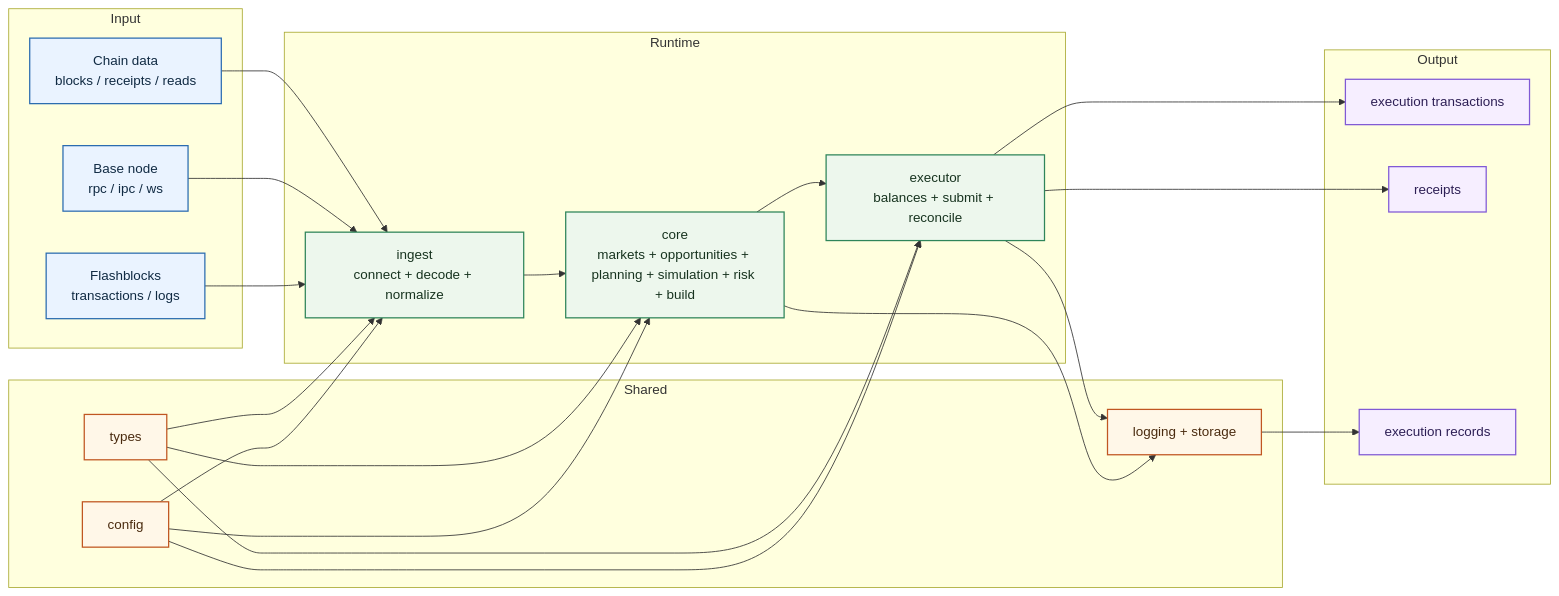
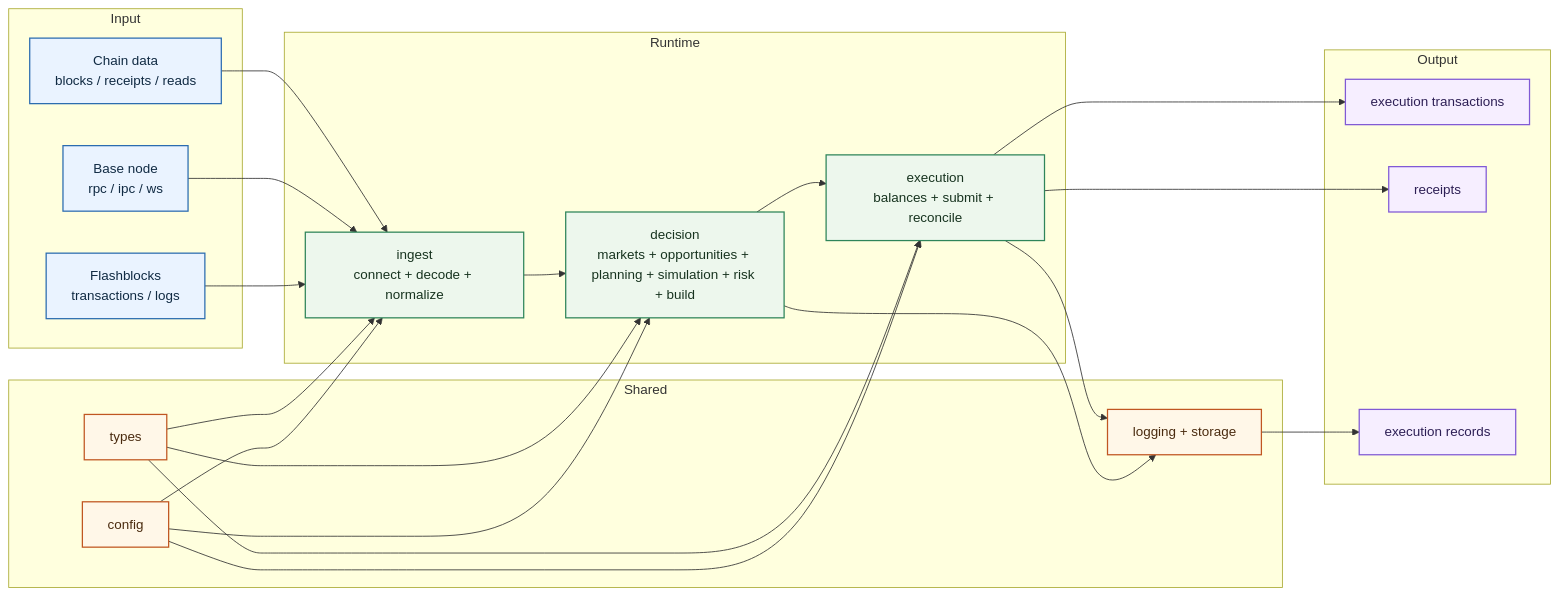
Before and after one commit to market-systems/base-execution-engine: the diagram in README.md, drawn with Mermaid. The commit also changed other lines of this file and 7 other files, not shown here.

````diff
--- a/README.md
+++ b/README.md
@@ -27,54 +27,54 @@
 ```mermaid
 flowchart LR
     subgraph INPUT["Input"]
         A["Flashblocks\ntransactions / logs"]
         B["Base node\nrpc / ipc / ws"]
         C["Chain data\nblocks / receipts / reads"]
     end
 
     subgraph RUNTIME["Runtime"]
         D["ingest\nconnect + decode + normalize"]
-        E["core\nmarkets + opportunities + planning + simulation + risk + build"]
-        F["executor\nbalances + submit + reconcile"]
+        E["decision\nmarkets + opportunities + planning + simulation + risk + build"]
+        F["execution\nbalances + submit + reconcile"]
     end
 
     subgraph SHARED["Shared"]
         G["config"]
         H["types"]
         I["logging + storage"]
     end
 
     subgraph OUTPUT["Output"]
         J["execution transactions"]
         K["receipts"]
         L["execution records"]
     end
 
     A --> D
     B --> D
     C --> D
 
     D --> E --> F
     F --> J
     F --> K
     E --> I
     F --> I
     I --> L
 
     G --> D
     G --> E
     G --> F
     H --> D
     H --> E
     H --> F
 
     classDef input fill:#EAF3FF,stroke:#2B6CB0,color:#102A43,stroke-width:1.5px;
     classDef runtime fill:#EDF7ED,stroke:#2F855A,color:#17331F,stroke-width:1.5px;
     classDef shared fill:#FFF7E8,stroke:#C05621,color:#4A2B0F,stroke-width:1.5px;
     classDef output fill:#F6EEFF,stroke:#805AD5,color:#2D1F55,stroke-width:1.5px;
 
     class A,B,C input;
     class D,E,F runtime;
     class G,H,I shared;
     class J,K,L output;
 ```
````
